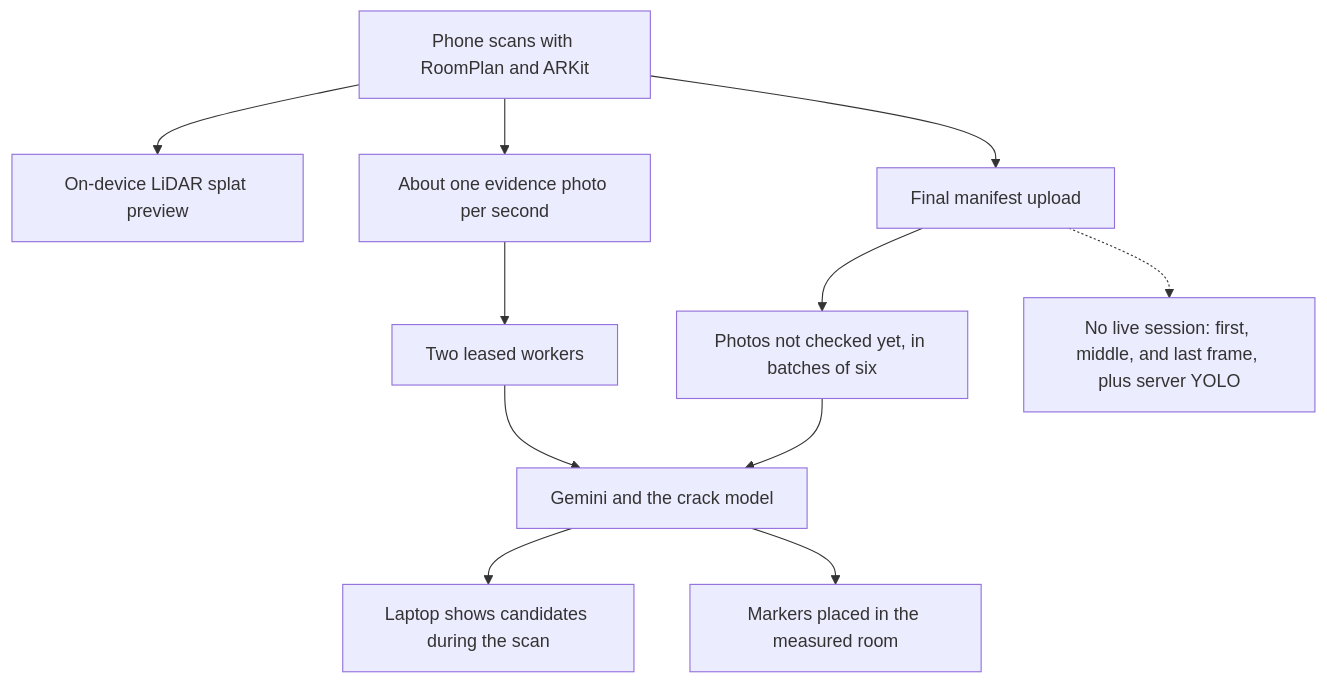
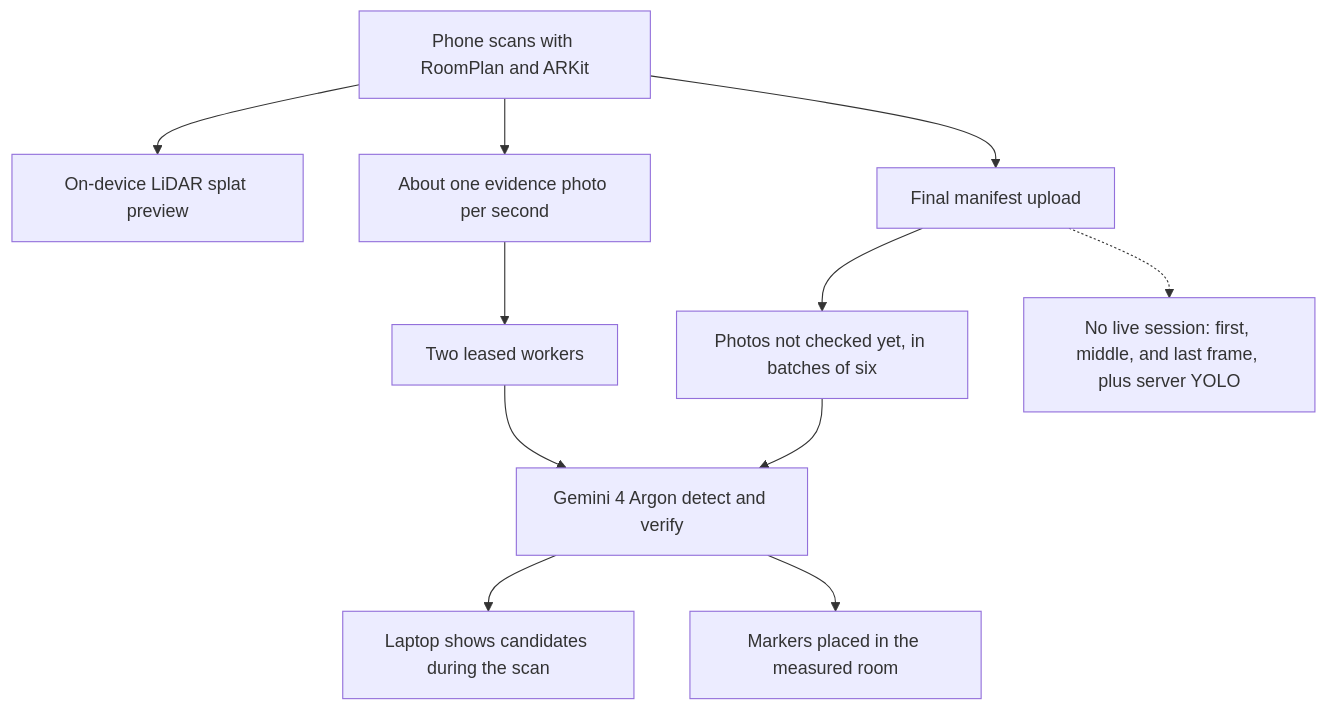
One commit to Borbezzz/Dwelld changed the sixth of 12 diagrams in README.md. Above: the diagram before and after it, drawn with Mermaid. The commit also changed other lines of this file and 1 other file, not shown here.

First line of the commit message:
Docs: remove crack model from the described pipeline

````diff
--- a/README.md
+++ b/README.md
@@ -345,13 +343,13 @@
 ```mermaid
 flowchart TD
     Scan["Phone scans with RoomPlan and ARKit"] --> Preview["On-device LiDAR splat preview"]
     Scan --> Photos["About one evidence photo per second"]
     Photos --> Live["Two leased workers"]
-    Live --> Check["Gemini and the crack model"]
+    Live --> Check["Gemini 4 Argon detect and verify"]
     Check --> Laptop["Laptop shows candidates during the scan"]
     Scan --> Manifest["Final manifest upload"]
     Manifest --> Rest["Photos not checked yet, in batches of six"]
     Rest --> Check
     Check --> Markers["Markers placed in the measured room"]
     Manifest -.-> Direct["No live session: first, middle, and last frame, plus server YOLO"]
 ```
````
